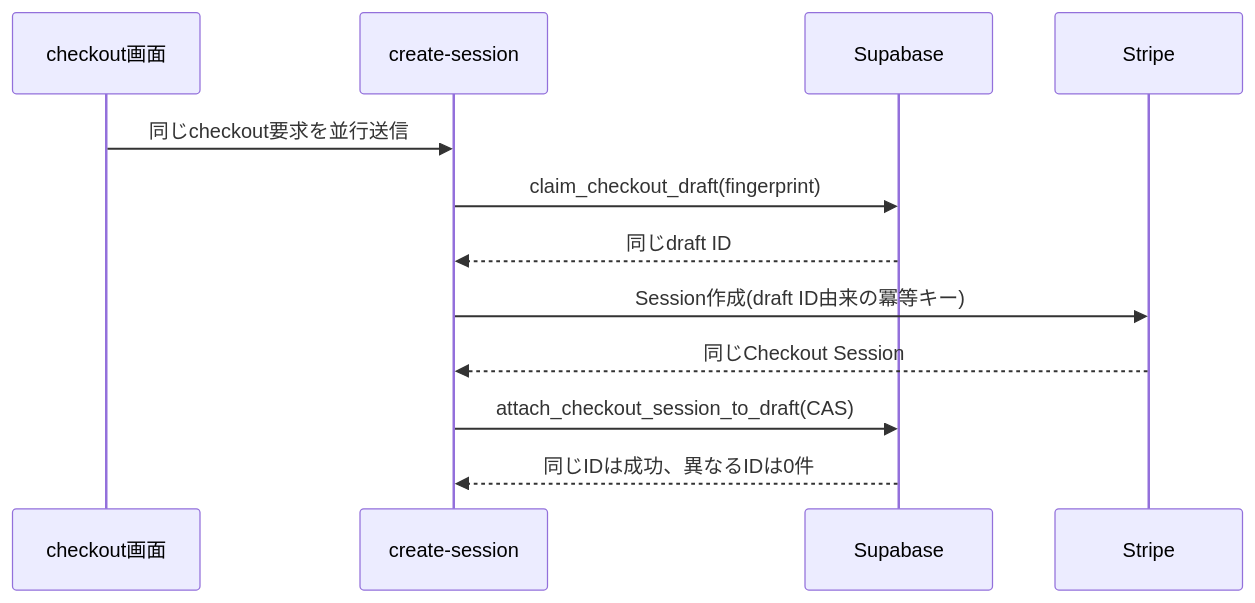
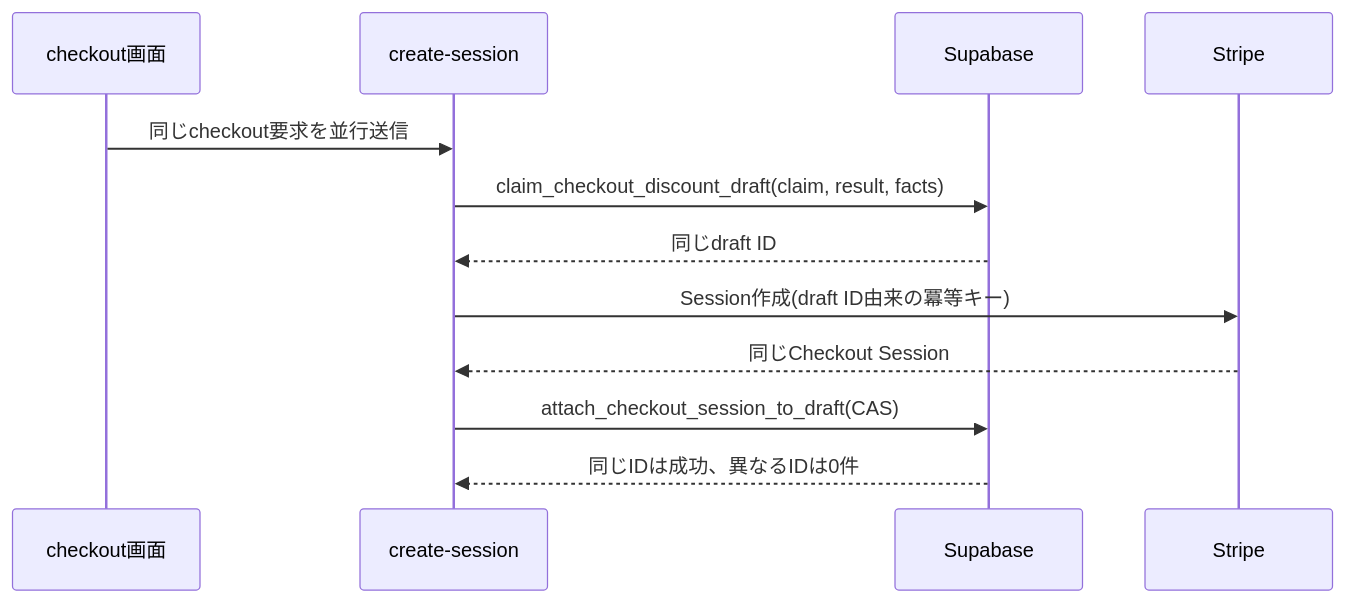
Before and after one commit to ChocoWork/o_official: the fifth of 5 diagrams in docs/04_DetailDesign/pages/13_checkout.md, drawn with Mermaid. The commit also changed other lines of this file and 24 other files, not shown here.

````diff
--- a/docs/04_DetailDesign/pages/13_checkout.md
+++ b/docs/04_DetailDesign/pages/13_checkout.md
@@ -426,15 +426,15 @@
 ```mermaid
 sequenceDiagram
     participant C as checkout画面
     participant A as create-session
     participant D as Supabase
     participant S as Stripe
 
     C->>A: 同じcheckout要求を並行送信
-    A->>D: claim_checkout_draft(fingerprint)
+    A->>D: claim_checkout_discount_draft(claim, result, facts)
     D-->>A: 同じdraft ID
     A->>S: Session作成(draft ID由来の冪等キー)
     S-->>A: 同じCheckout Session
     A->>D: attach_checkout_session_to_draft(CAS)
     D-->>A: 同じIDは成功、異なるIDは0件
 ```
````
